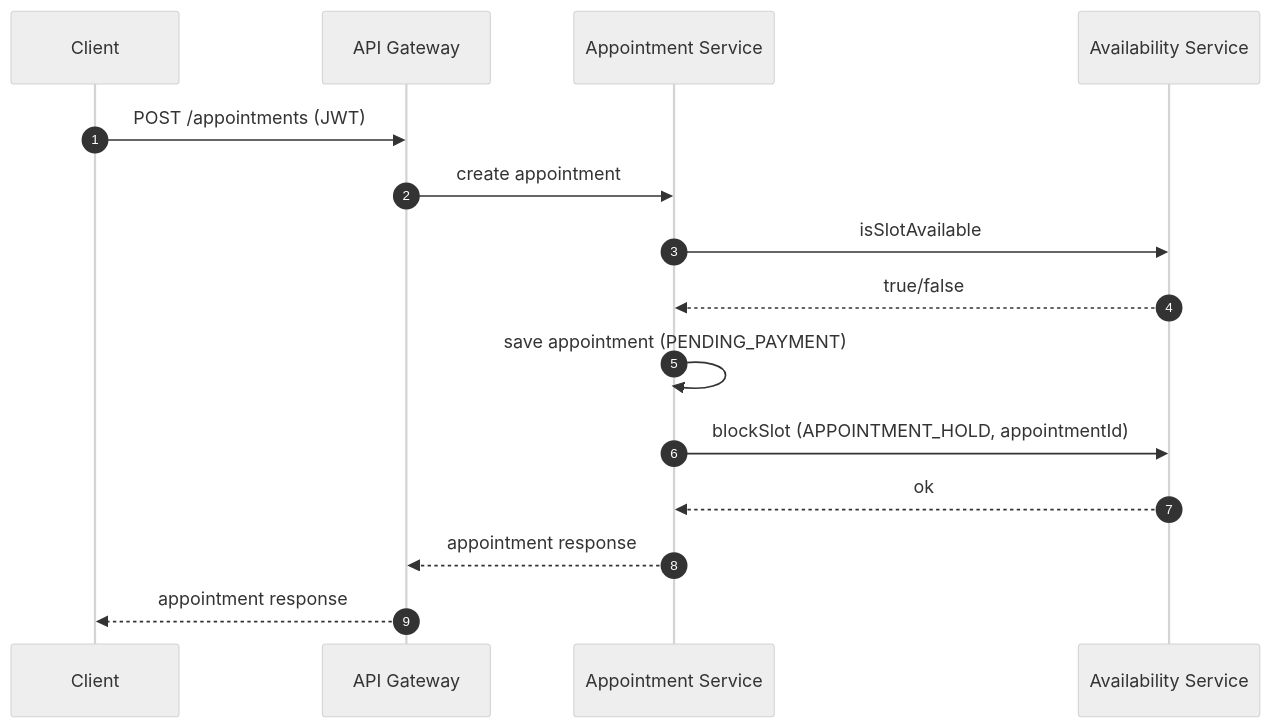
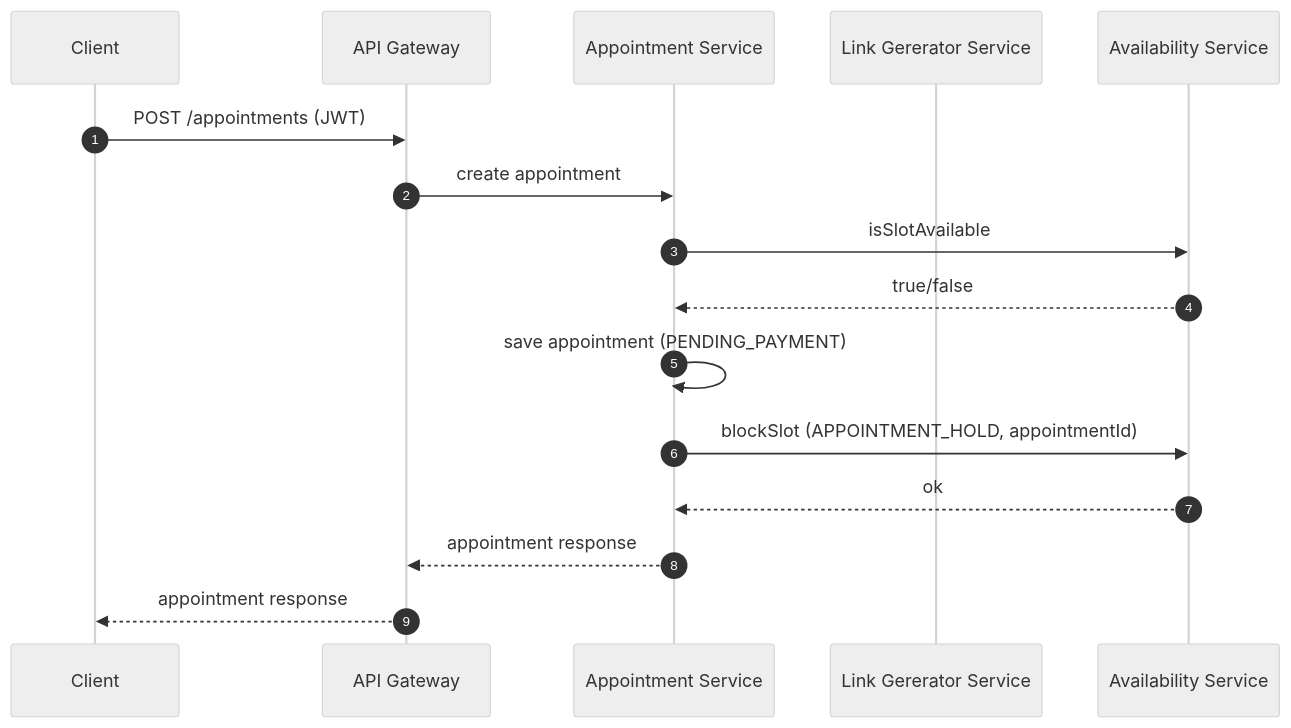
Before and after one commit to shibashisdey/council: the third of 7 diagrams in docs/ARCHITECTURE.md, drawn with Mermaid (neutral theme). The commit also changed other lines of this file and 493 other files, not shown here.

````diff
--- a/docs/ARCHITECTURE.md
+++ b/docs/ARCHITECTURE.md
@@ -67,17 +70,18 @@
 ```mermaid
 sequenceDiagram
   autonumber
   participant C as Client
   participant G as API Gateway
   participant A as Appointment Service
+  participant L as Link Gererator Service
   participant V as Availability Service
   C->>G: POST /appointments (JWT)
   G->>A: create appointment
   A->>V: isSlotAvailable
   V-->>A: true/false
   A->>A: save appointment (PENDING_PAYMENT)
   A->>V: blockSlot (APPOINTMENT_HOLD, appointmentId)
   V-->>A: ok
   A-->>G: appointment response
   G-->>C: appointment response
 ```
````
